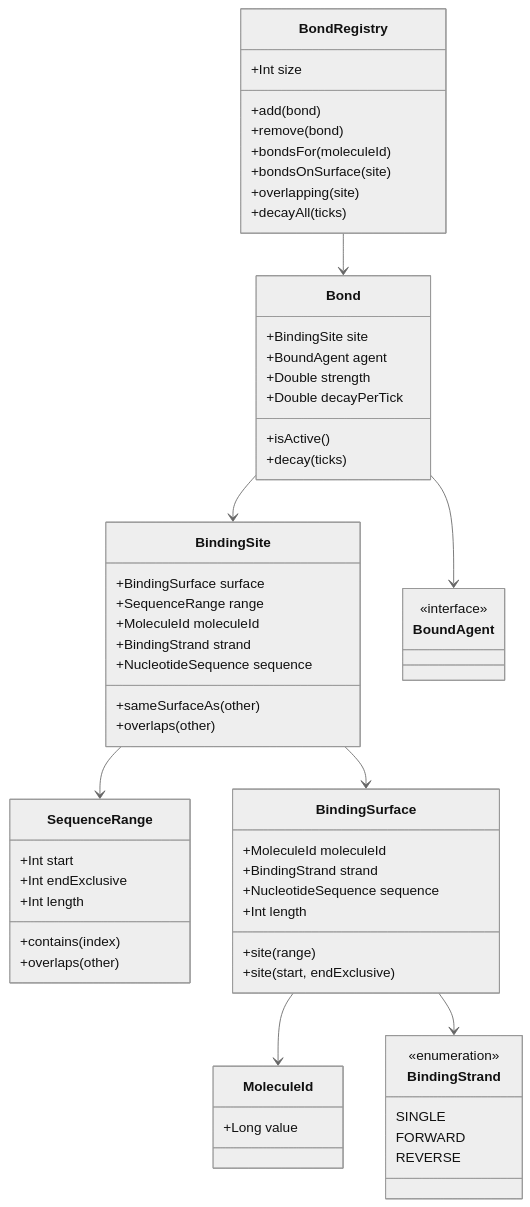
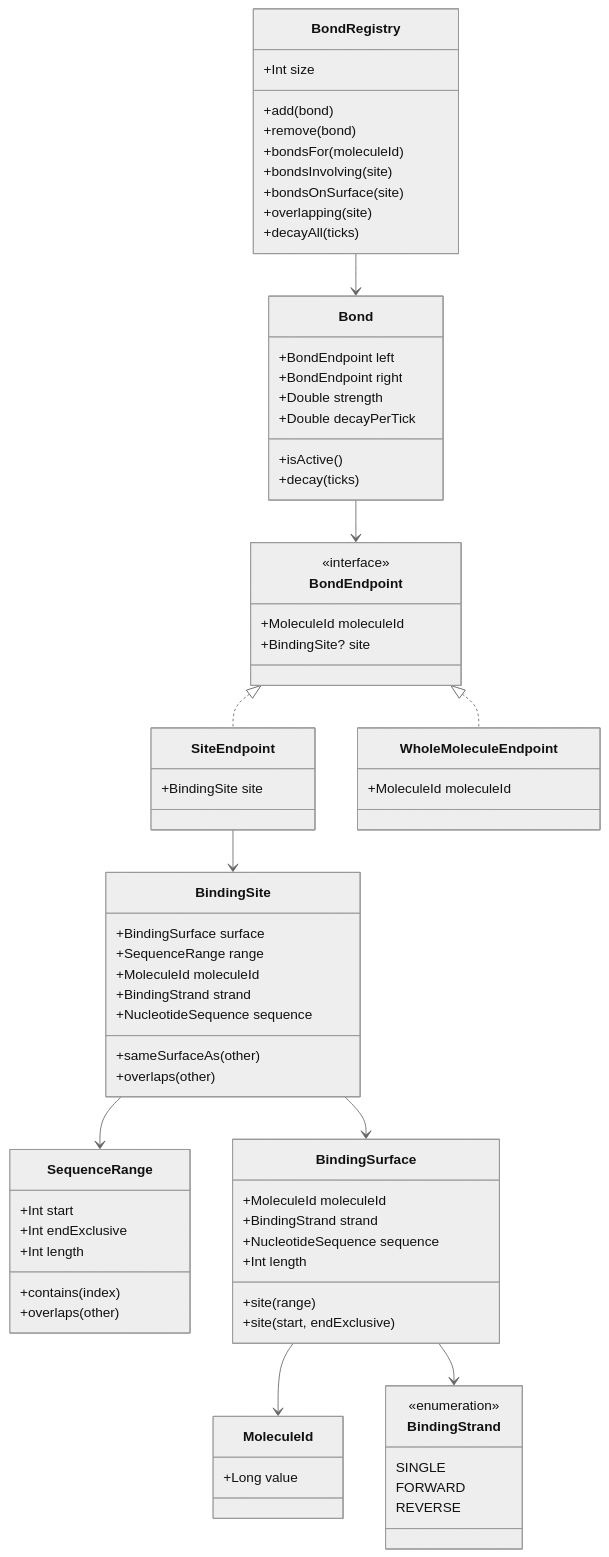
Before and after one commit to skasti/life-sim: the first of 2 diagrams in docs/biology/interactions/bonds.md, drawn with Mermaid (neutral theme). The commit also changed other lines of this file and 5 other files, not shown here.

Commit message:
Refactor bonds to symmetric molecule associations

````diff
--- a/docs/biology/interactions/bonds.md
+++ b/docs/biology/interactions/bonds.md
@@ -184,13 +157,23 @@
         +overlaps(other)
     }
 
-    class BoundAgent {
+    class BondEndpoint {
         <<interface>>
+        +MoleculeId moleculeId
+        +BindingSite? site
+    }
+
+    class SiteEndpoint {
+        +BindingSite site
+    }
+
+    class WholeMoleculeEndpoint {
+        +MoleculeId moleculeId
     }
 
     class Bond {
-        +BindingSite site
-        +BoundAgent agent
+        +BondEndpoint left
+        +BondEndpoint right
         +Double strength
         +Double decayPerTick
         +isActive()
@@ -202,16 +185,19 @@
         +add(bond)
         +remove(bond)
         +bondsFor(moleculeId)
+        +bondsInvolving(site)
         +bondsOnSurface(site)
         +overlapping(site)
         +decayAll(ticks)
     }
 
+    BondEndpoint <|.. SiteEndpoint
+    BondEndpoint <|.. WholeMoleculeEndpoint
     BindingSurface --> MoleculeId
     BindingSurface --> BindingStrand
     BindingSite --> BindingSurface
     BindingSite --> SequenceRange
-    Bond --> BindingSite
-    Bond --> BoundAgent
+    SiteEndpoint --> BindingSite
+    Bond --> BondEndpoint
     BondRegistry --> Bond
 ```
````
